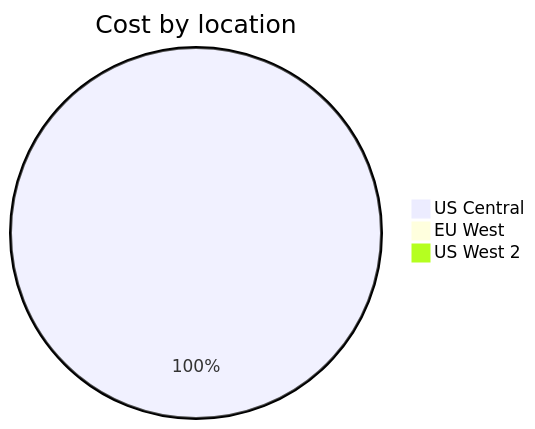
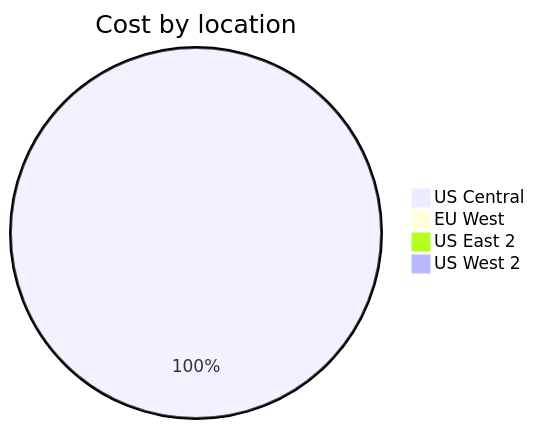
Before and after one commit to jpfulton/azure-personal-reports: the third of 4 diagrams in cost-reports/personal-site/personal-site-preview.md, drawn with Mermaid. The commit also changed other lines of this file and 7 other files, not shown here.

````diff
--- a/cost-reports/personal-site/personal-site-preview.md
+++ b/cost-reports/personal-site/personal-site-preview.md
@@ -109,7 +110,8 @@
 ```mermaid
 pie
    title Cost by location
-   "US Central" : 0.54
+   "US Central" : 0.83
    "EU West" : 0.00
+   "US East 2" : 0.00
    "US West 2" : 0.00
 ```
````
